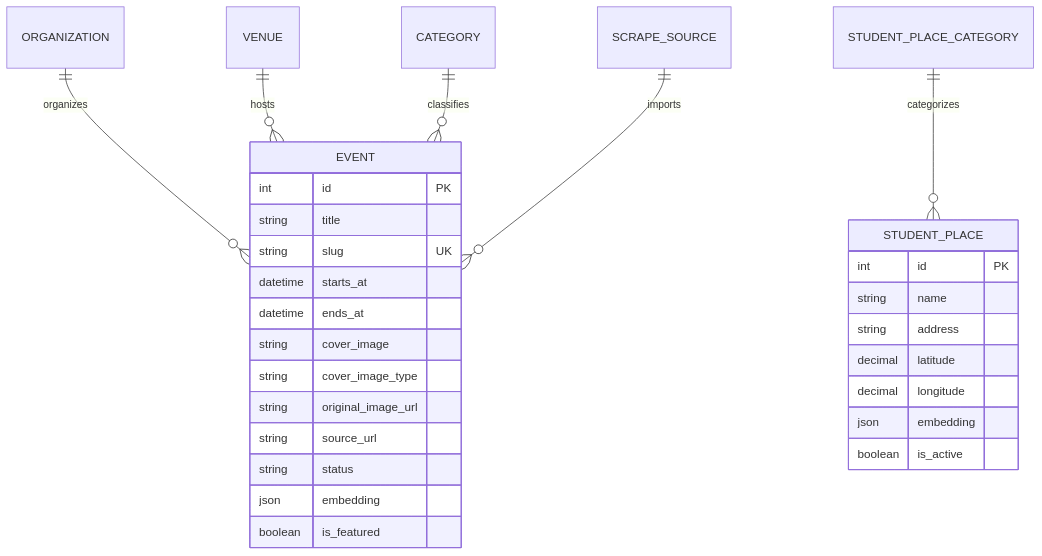
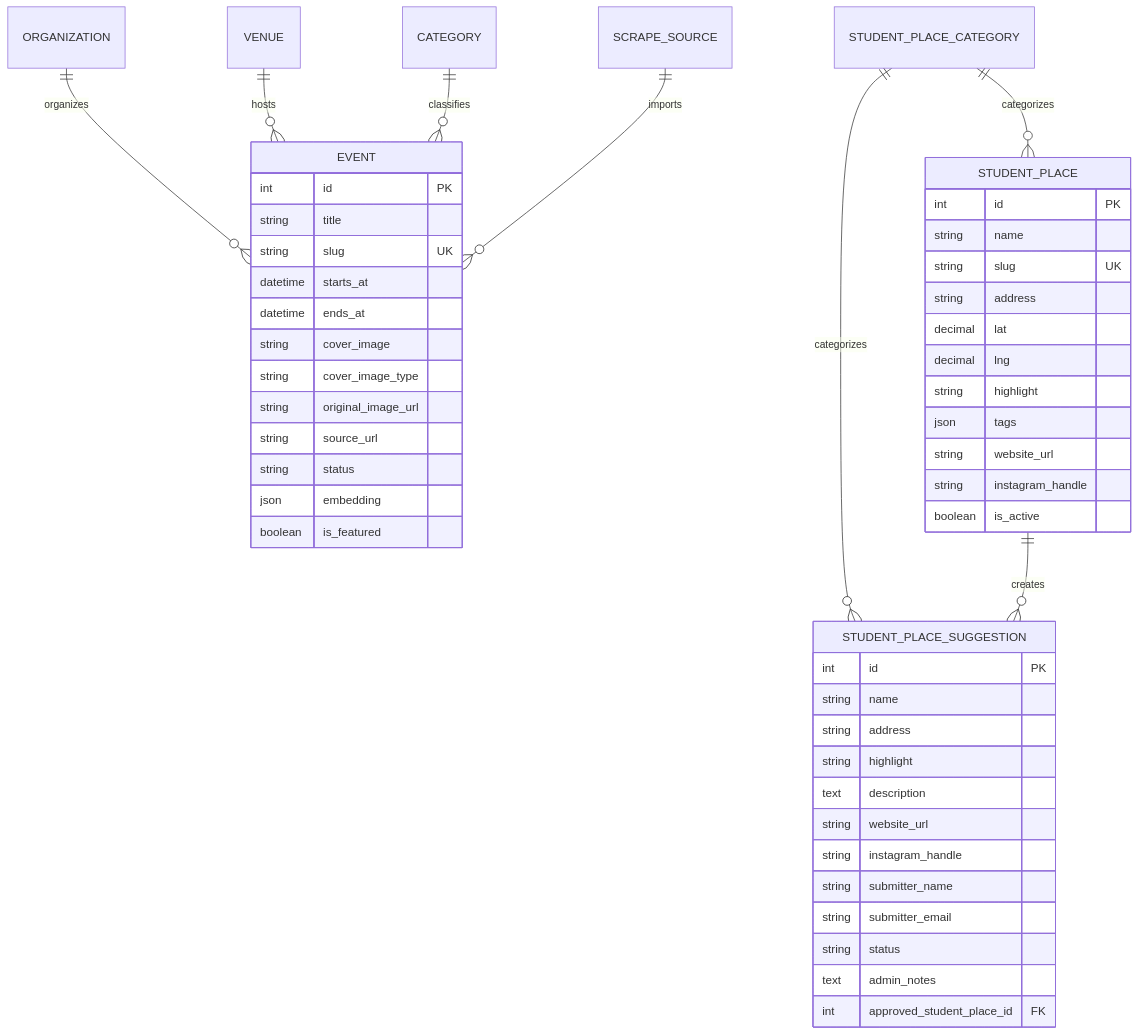
One commit to tedKozub/brno-events changed the second of 2 diagrams in ARCHITECTURE.md. Above: the diagram before and after it, drawn with Mermaid. The commit also changed other lines of this file and 18 other files, not shown here.

````diff
--- a/ARCHITECTURE.md
+++ b/ARCHITECTURE.md
@@ -145,33 +172,54 @@
 ```mermaid
 erDiagram
     ORGANIZATION ||--o{ EVENT : organizes
     VENUE ||--o{ EVENT : hosts
     CATEGORY ||--o{ EVENT : classifies
     SCRAPE_SOURCE ||--o{ EVENT : imports
     STUDENT_PLACE_CATEGORY ||--o{ STUDENT_PLACE : categorizes
+    STUDENT_PLACE_CATEGORY ||--o{ STUDENT_PLACE_SUGGESTION : categorizes
+    STUDENT_PLACE ||--o{ STUDENT_PLACE_SUGGESTION : creates
 
     EVENT {
         int id PK
         string title
         string slug UK
         datetime starts_at
         datetime ends_at
         string cover_image
         string cover_image_type
         string original_image_url
         string source_url
         string status
         json embedding
         boolean is_featured
     }
 
     STUDENT_PLACE {
         int id PK
         string name
+        string slug UK
         string address
-        decimal latitude
-        decimal longitude
-        json embedding
+        decimal lat
+        decimal lng
+        string highlight
+        json tags
+        string website_url
+        string instagram_handle
         boolean is_active
     }
+
+    STUDENT_PLACE_SUGGESTION {
+        int id PK
+        string name
+        string address
+        string highlight
+        text description
+        string website_url
+        string instagram_handle
+        string submitter_name
+        string submitter_email
+        string status
+        text admin_notes
+        int approved_student_place_id FK
+    }
 ```
````
